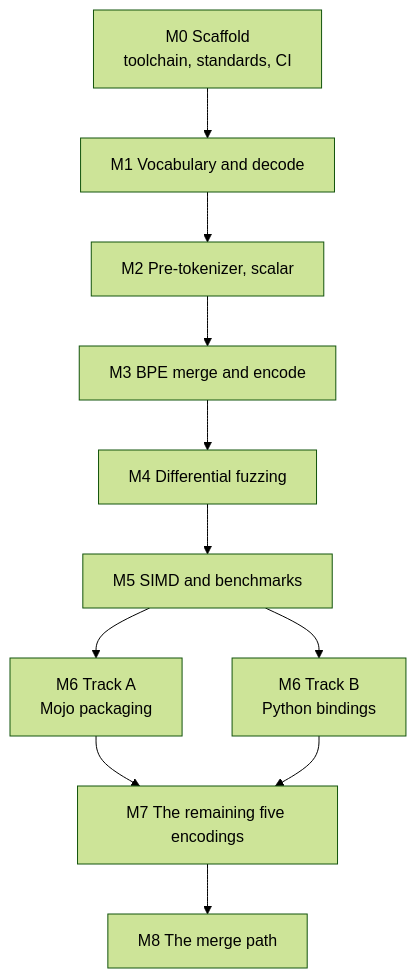
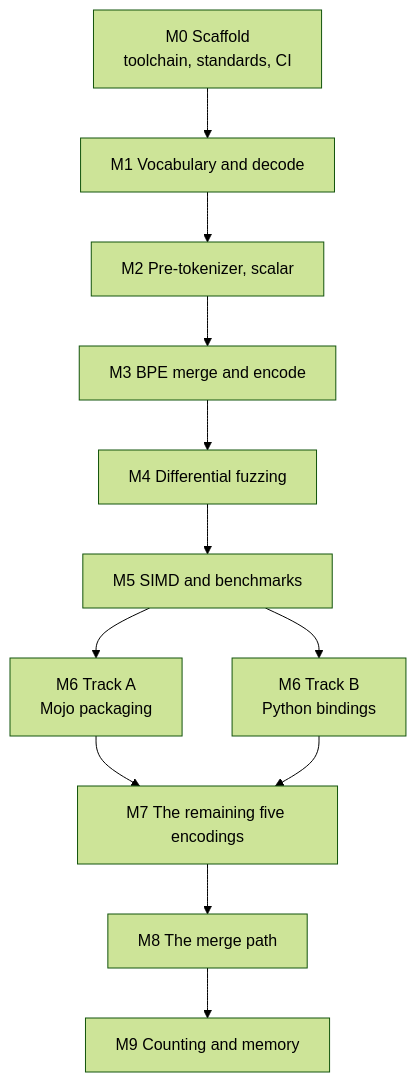
One commit to olaflaitinen/knap changed the diagram in docs/ROADMAP.md. Above: the diagram before and after it, drawn with Mermaid (forest theme). The commit also changed other lines of this file and 20 other files, not shown here.

First line of the commit message:
feat(count): a counting entry point, a memory measurement, and a correction

````diff
--- a/docs/ROADMAP.md
+++ b/docs/ROADMAP.md
@@ -50,14 +50,15 @@
 ```mermaid
 flowchart TD
     M0[M0 Scaffold<br/>toolchain, standards, CI] --> M1
     M1[M1 Vocabulary and decode] --> M2
     M2[M2 Pre-tokenizer, scalar] --> M3
     M3[M3 BPE merge and encode] --> M4
     M4[M4 Differential fuzzing] --> M5
     M5[M5 SIMD and benchmarks] --> M6A
     M5 --> M6B
     M6A[M6 Track A<br/>Mojo packaging] --> M7
     M6B[M6 Track B<br/>Python bindings] --> M7
     M7[M7 The remaining five encodings] --> M8
-    M8[M8 The merge path]
+    M8[M8 The merge path] --> M9
+    M9[M9 Counting and memory]
 ```
````
